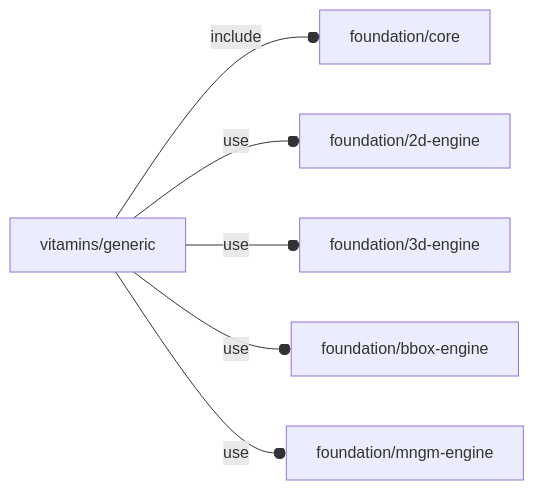
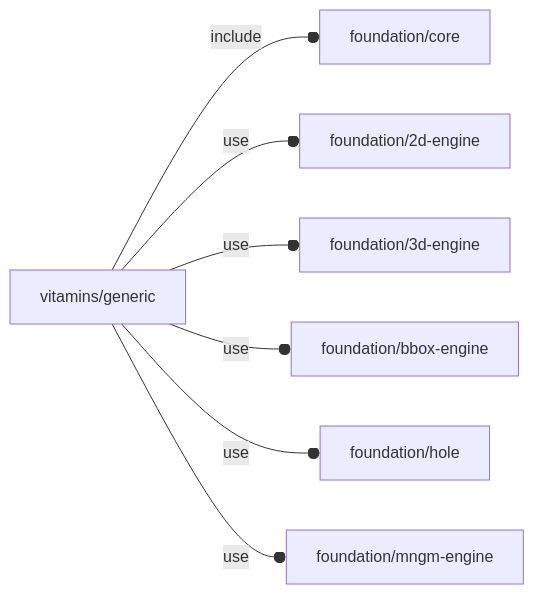
The diagram in orthodocs/vitamins/generic.md (ggabbiani/OFL), drawn with Mermaid before and after one commit. The commit also changed other lines of this file and 5 other files, not shown here.

````diff
--- a/orthodocs/vitamins/generic.md
+++ b/orthodocs/vitamins/generic.md
@@ -5,8 +5,9 @@
 ```mermaid
 graph LR
     A1[vitamins/generic] --o|include| A2[foundation/core]
     A1 --o|use| A3[foundation/2d-engine]
     A1 --o|use| A4[foundation/3d-engine]
     A1 --o|use| A5[foundation/bbox-engine]
-    A1 --o|use| A6[foundation/mngm-engine]
+    A1 --o|use| A6[foundation/hole]
+    A1 --o|use| A7[foundation/mngm-engine]
 ```
````
